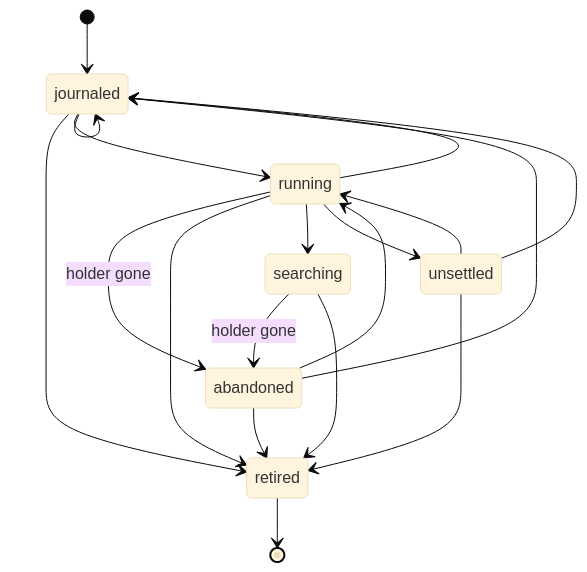
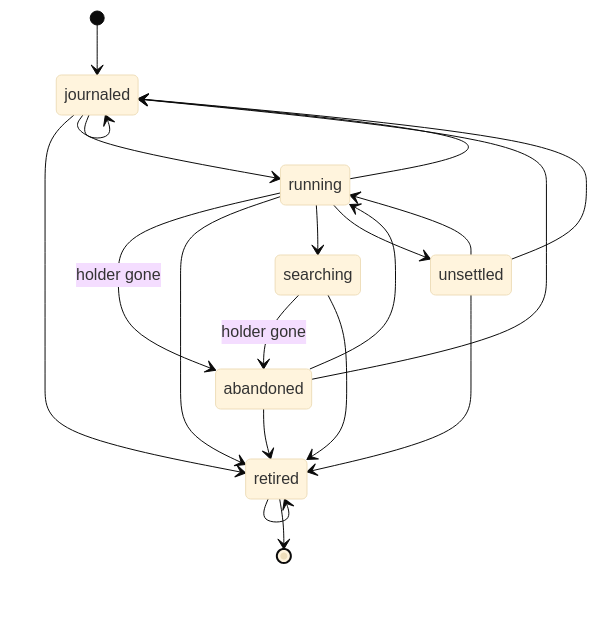
The diagram in docs/rationale/state-machines/after-landing-run.md (tompassarelli/north), drawn with Mermaid (base theme) before and after one commit. The commit also changed other lines of this file and 3 other files, not shown here.

````diff
--- a/docs/rationale/state-machines/after-landing-run.md
+++ b/docs/rationale/state-machines/after-landing-run.md
@@ -6,21 +6,22 @@
 ```mermaid
 stateDiagram-v2
     [*] --> journaled
     abandoned --> journaled
     abandoned --> retired
     abandoned --> running
     journaled --> journaled
     journaled --> retired
     journaled --> running
+    retired --> retired
     running --> abandoned: holder gone
     running --> journaled
     running --> retired
     running --> searching
     running --> unsettled
     searching --> abandoned: holder gone
     searching --> retired
     unsettled --> journaled
     unsettled --> retired
     unsettled --> running
     retired --> [*]
 ```
````
